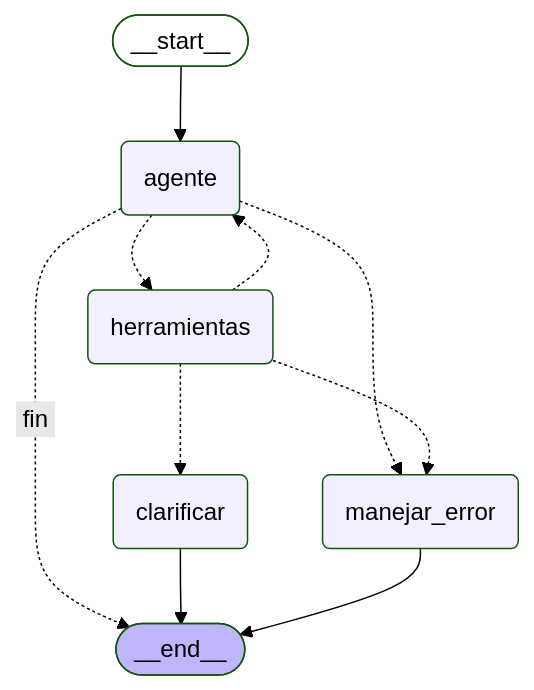
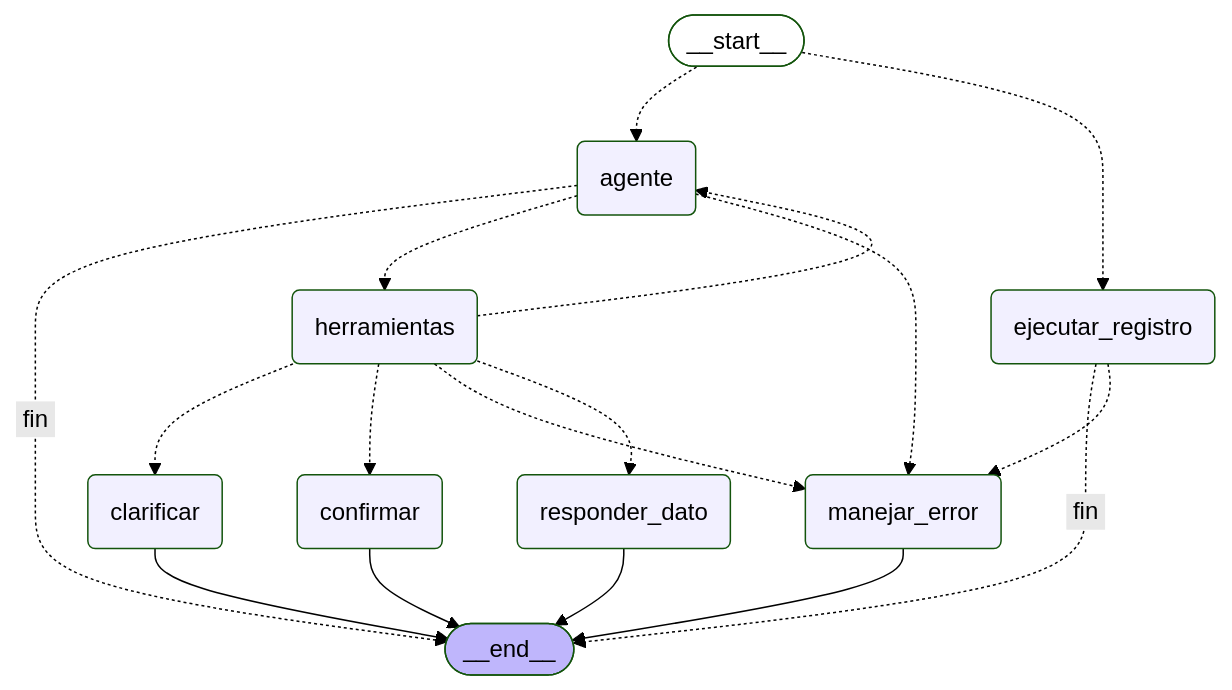
Before and after one commit to Redevil15/car-detailing-voice-agent: the diagram in README.md, drawn with Mermaid (forest theme). The commit also changed other lines of this file and 3 other files, not shown here.

````diff
--- a/README.md
+++ b/README.md
@@ -16,21 +16,31 @@
 ```mermaid
 graph TD;
 	__start__([<p>__start__</p>]):::first
 	agente(agente)
 	herramientas(herramientas)
 	clarificar(clarificar)
 	manejar_error(manejar_error)
+	confirmar(confirmar)
+	responder_dato(responder_dato)
+	ejecutar_registro(ejecutar_registro)
 	__end__([<p>__end__</p>]):::last
-	__start__ --> agente;
+	__start__ -.-> agente;
+	__start__ -.-> ejecutar_registro;
 	agente -. &nbsp;fin&nbsp; .-> __end__;
 	agente -.-> herramientas;
 	agente -.-> manejar_error;
+	ejecutar_registro -. &nbsp;fin&nbsp; .-> __end__;
+	ejecutar_registro -.-> manejar_error;
 	herramientas -.-> agente;
 	herramientas -.-> clarificar;
+	herramientas -.-> confirmar;
 	herramientas -.-> manejar_error;
+	herramientas -.-> responder_dato;
 	clarificar --> __end__;
+	confirmar --> __end__;
 	manejar_error --> __end__;
+	responder_dato --> __end__;
 	classDef default fill:#f2f0ff,line-height:1.2
 	classDef first fill-opacity:0
 	classDef last fill:#bfb6fc
 ```
````
